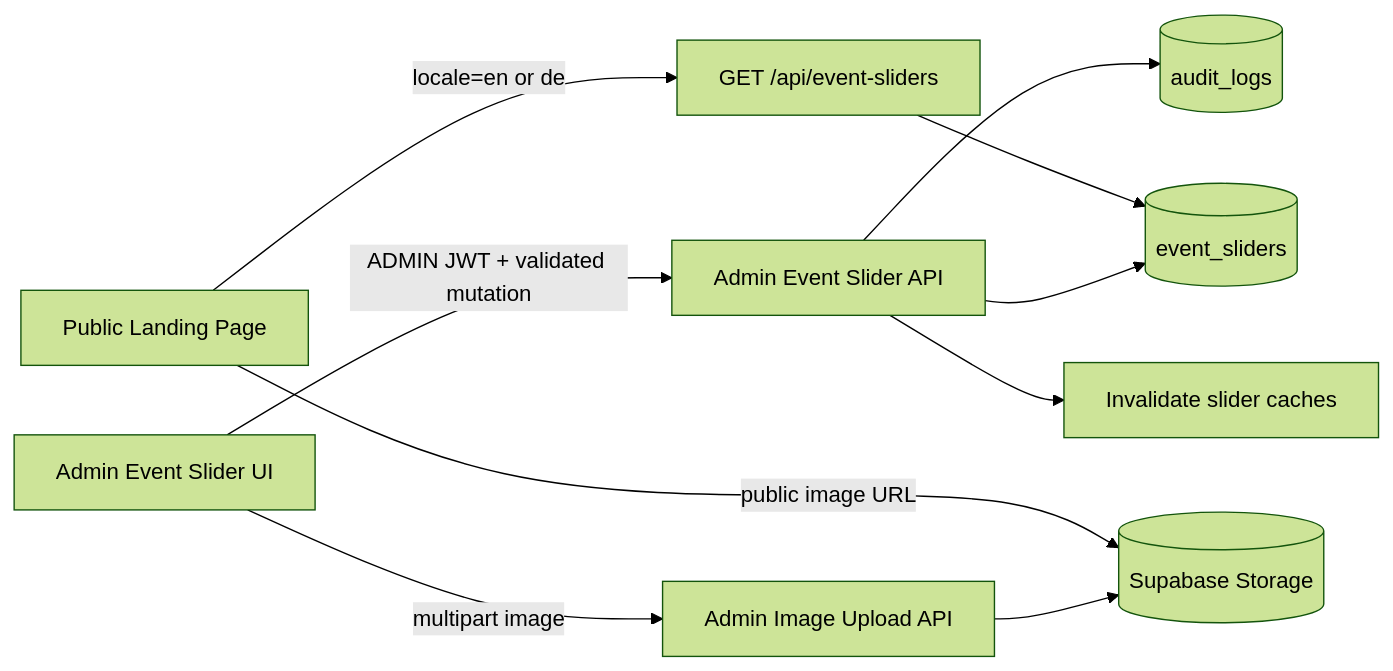
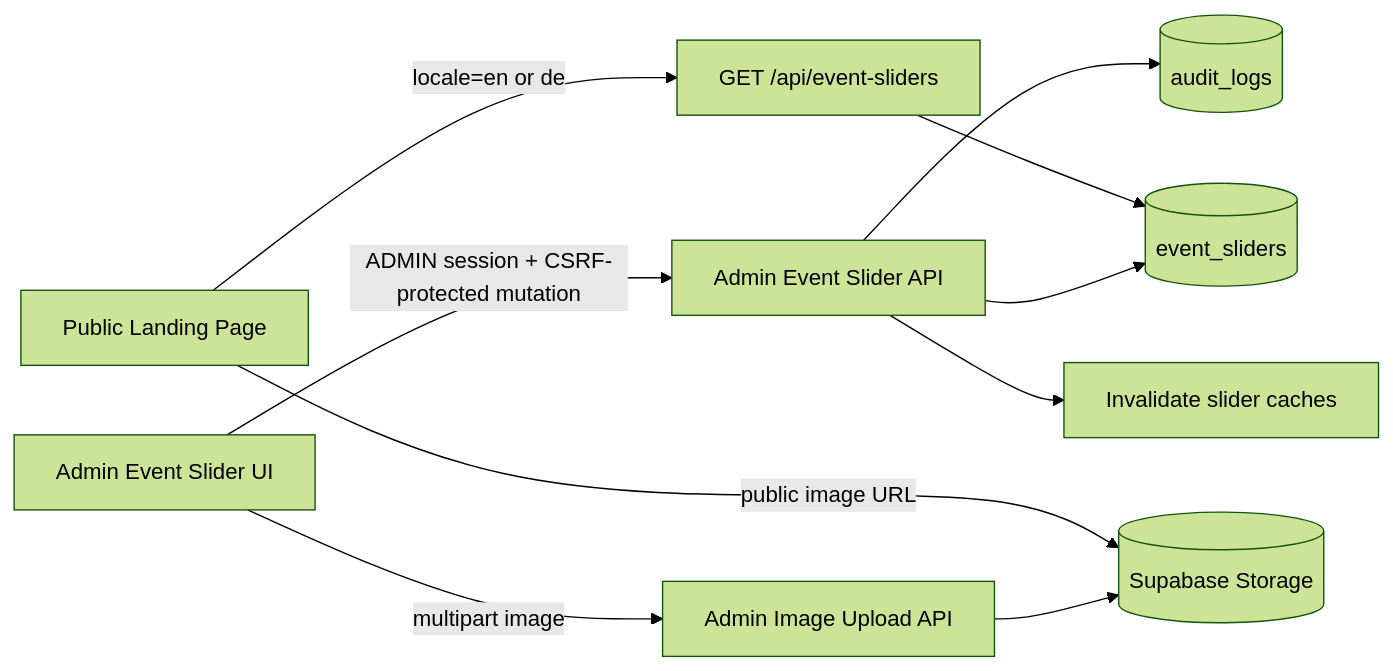
One commit to dat1507/buddyWebVer2 changed the third of 12 diagrams in implementation_plan_vgu_buddy.md. Above: the diagram before and after it, drawn with Mermaid (forest theme). The commit also changed other lines of this file, not shown here.

Commit message:
docs(auth): finalize secure session architecture

````diff
--- a/implementation_plan_vgu_buddy.md
+++ b/implementation_plan_vgu_buddy.md
@@ -240,12 +240,12 @@
 ```mermaid
 graph LR
-    ADMIN_UI[Admin Event Slider UI] -->|ADMIN JWT + validated mutation| ADMIN_SLIDER_API[Admin Event Slider API]
+    ADMIN_UI[Admin Event Slider UI] -->|ADMIN session + CSRF-protected mutation| ADMIN_SLIDER_API[Admin Event Slider API]
     ADMIN_UI -->|multipart image| UPLOAD_API[Admin Image Upload API]
     UPLOAD_API --> STORAGE[(Supabase Storage)]
     ADMIN_SLIDER_API --> SLIDER_DB[(event_sliders)]
     ADMIN_SLIDER_API --> AUDIT[(audit_logs)]
     ADMIN_SLIDER_API --> INVALIDATE[Invalidate slider caches]
     LANDING[Public Landing Page] -->|locale=en or de| PUBLIC_SLIDER_API[GET /api/event-sliders]
     PUBLIC_SLIDER_API --> SLIDER_DB
     LANDING -->|public image URL| STORAGE
 ```
````
